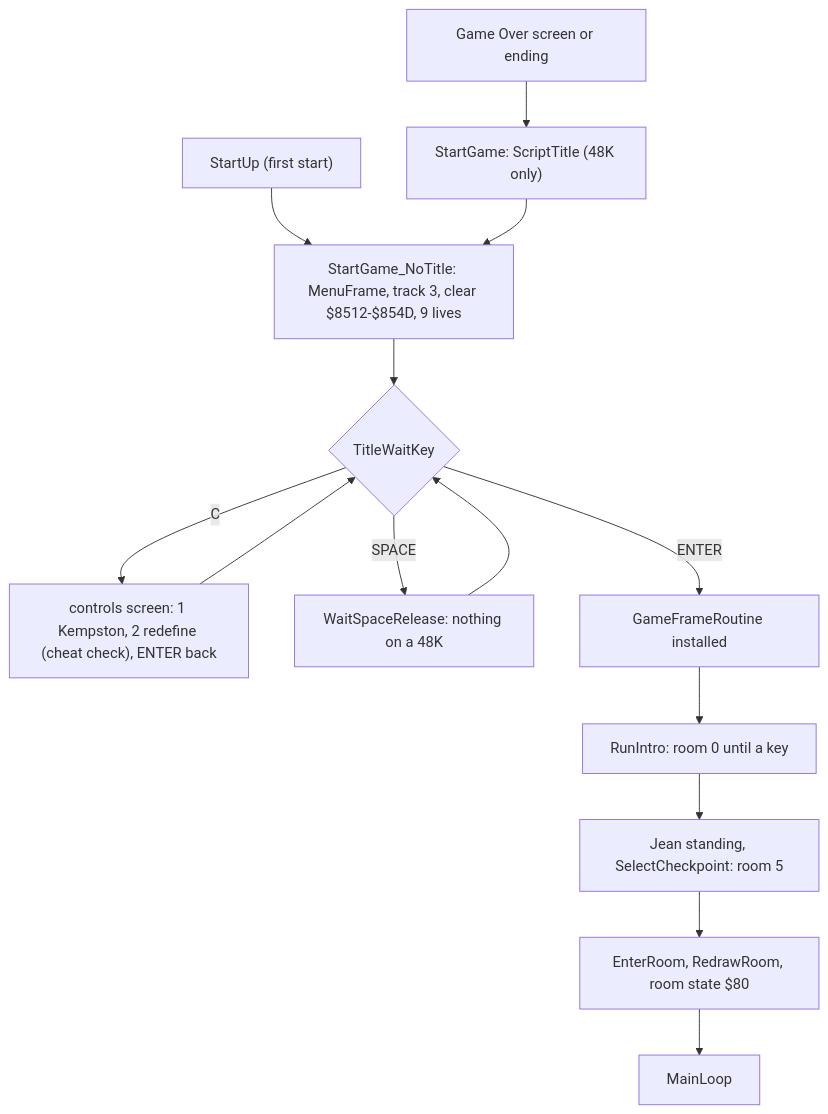
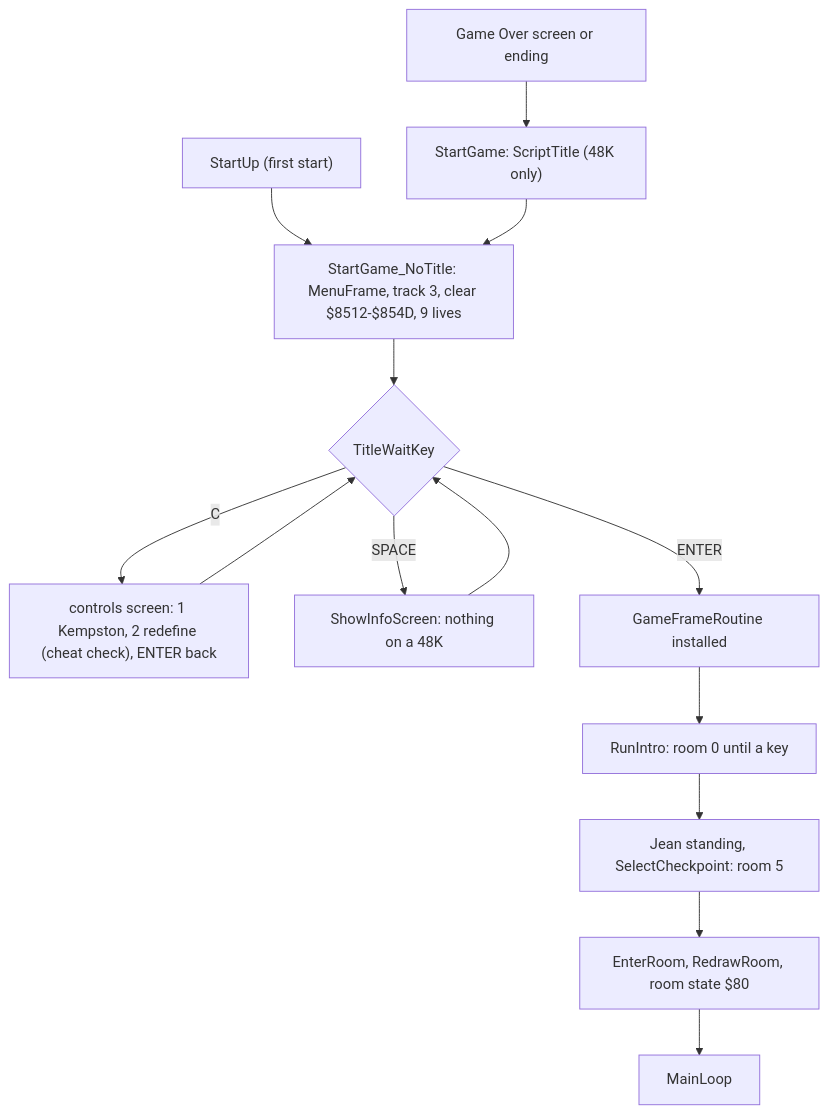
One commit to ruguevara/zx-reaper changed the diagram in examples/abbaye-des-morts/docs/03-title-and-menu.md. Above: the diagram before and after it, drawn with Mermaid. The commit also changed other lines of this file and 52 other files, not shown here.

````diff
--- a/examples/abbaye-des-morts/docs/03-title-and-menu.md
+++ b/examples/abbaye-des-morts/docs/03-title-and-menu.md
@@ -220,16 +220,16 @@
 ```mermaid
 flowchart TD
     SU["StartUp (first start)"] --> NT
     GE["Game Over screen or ending"] --> SG["StartGame: ScriptTitle (48K only)"]
     SG --> NT["StartGame_NoTitle: MenuFrame, track 3, clear $8512-$854D, 9 lives"]
     NT --> TW{"TitleWaitKey"}
     TW -- "C" --> CS["controls screen: 1 Kempston, 2 redefine (cheat check), ENTER back"]
     CS --> TW
-    TW -- "SPACE" --> SP["WaitSpaceRelease: nothing on a 48K"]
+    TW -- "SPACE" --> SP["ShowInfoScreen: nothing on a 48K"]
     SP --> TW
     TW -- "ENTER" --> GF["GameFrameRoutine installed"]
     GF --> IN["RunIntro: room 0 until a key"]
     IN --> CP["Jean standing, SelectCheckpoint: room 5"]
     CP --> ER["EnterRoom, RedrawRoom, room state $80"]
     ER --> ML["MainLoop"]
 ```
````
